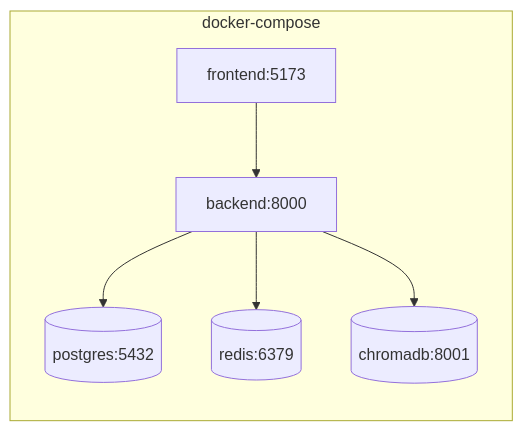
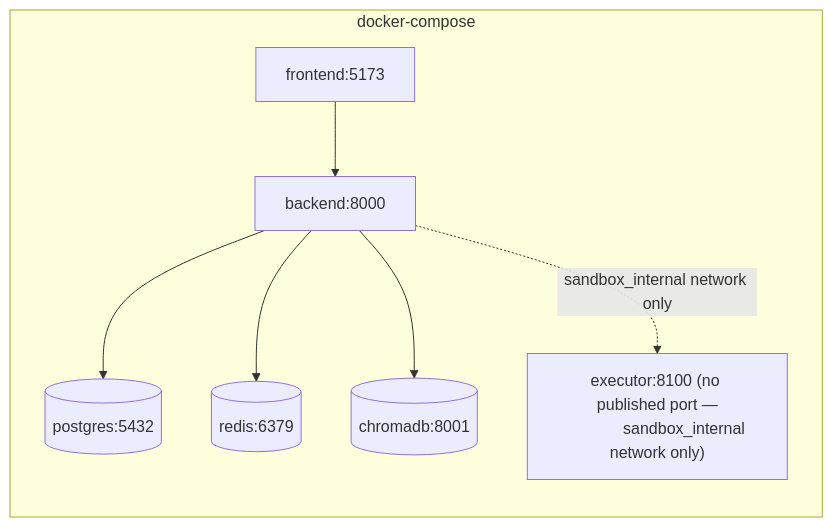
The fifth of 5 diagrams in docs/Architecture.md (madhavi-b24/InterviewIQ-AI), drawn with Mermaid before and after one commit. The commit also changed other lines of this file and 55 other files, not shown here.

````diff
--- a/docs/Architecture.md
+++ b/docs/Architecture.md
@@ -302,14 +310,17 @@
 ```mermaid
 flowchart LR
     subgraph docker-compose
         FE[frontend:5173]
         BE[backend:8000]
         PG[(postgres:5432)]
         RD[(redis:6379)]
         CH[(chromadb:8001)]
+        EX["executor:8100 (no published port —
+             sandbox_internal network only)"]
     end
     FE --> BE
     BE --> PG
     BE --> RD
     BE --> CH
+    BE -. sandbox_internal network only .-> EX
 ```
````
